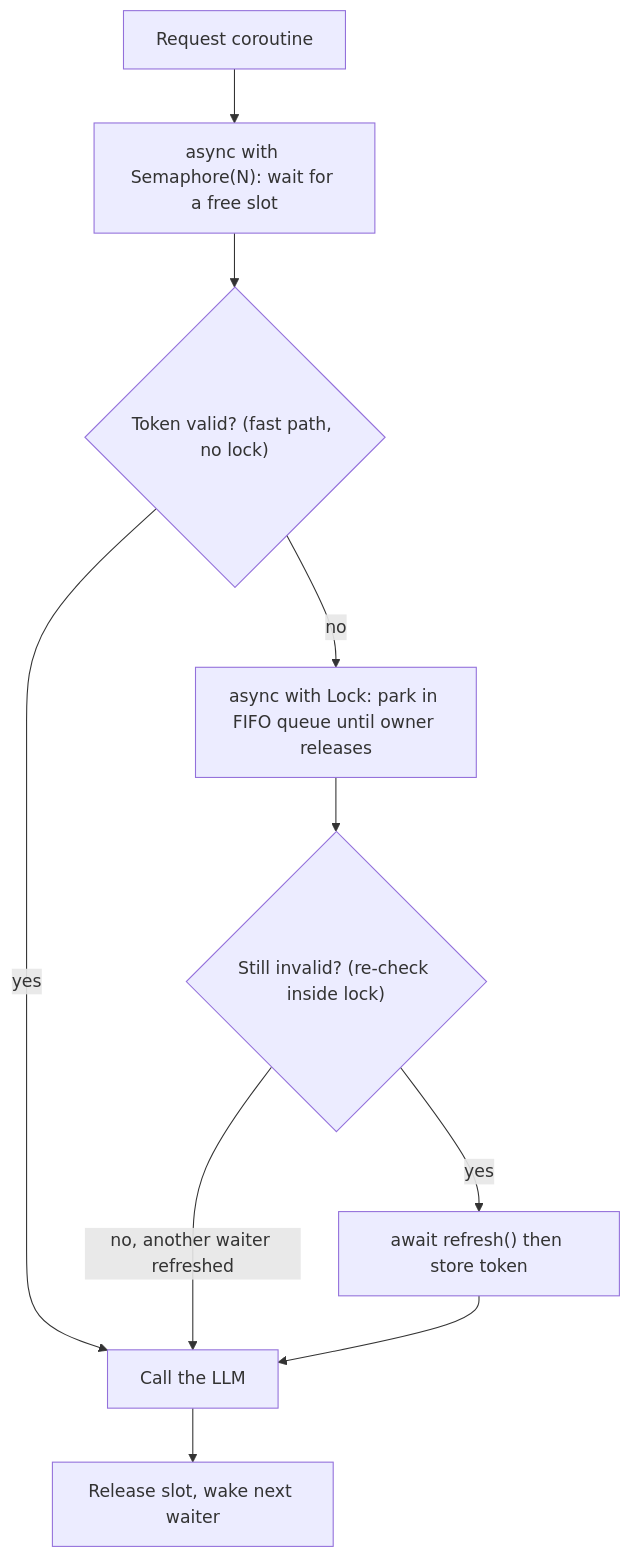
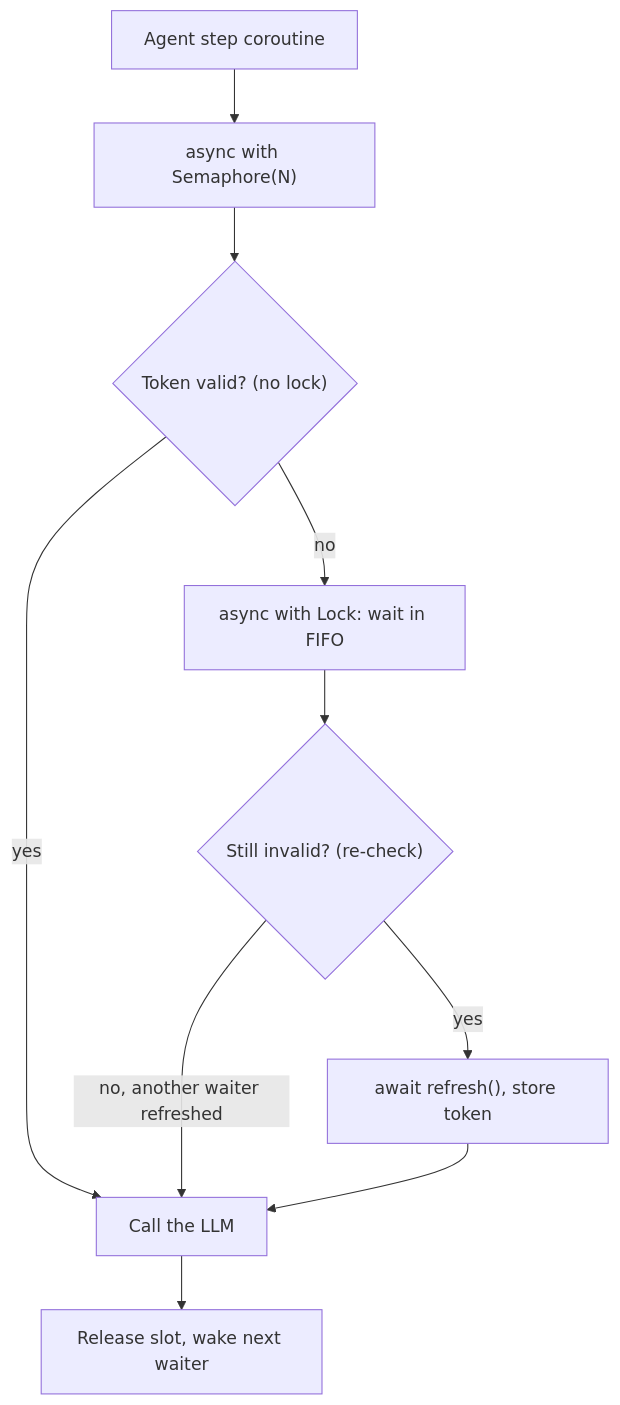
The diagram in content/python-for-ai/race-conditions-and-synchronization-primitives.md (lovishmahajan97/agentic-learning), drawn with Mermaid before and after one commit. The commit also changed other lines of this file and 266 other files, not shown here.

````diff
--- a/content/python-for-ai/race-conditions-and-synchronization-primitives.md
+++ b/content/python-for-ai/race-conditions-and-synchronization-primitives.md
@@ -127,12 +146,12 @@
 ```mermaid
 flowchart TD
-    R["Request coroutine"] --> S["async with Semaphore(N): wait for a free slot"]
-    S --> V{"Token valid? (fast path, no lock)"}
+    R["Agent step coroutine"] --> S["async with Semaphore(N)"]
+    S --> V{"Token valid? (no lock)"}
     V -->|"yes"| C["Call the LLM"]
-    V -->|"no"| L["async with Lock: park in FIFO queue until owner releases"]
-    L --> V2{"Still invalid? (re-check inside lock)"}
+    V -->|"no"| L["async with Lock: wait in FIFO"]
+    L --> V2{"Still invalid? (re-check)"}
     V2 -->|"no, another waiter refreshed"| C
-    V2 -->|"yes"| F["await refresh() then store token"]
+    V2 -->|"yes"| F["await refresh(), store token"]
     F --> C
     C --> X["Release slot, wake next waiter"]
 ```
````
